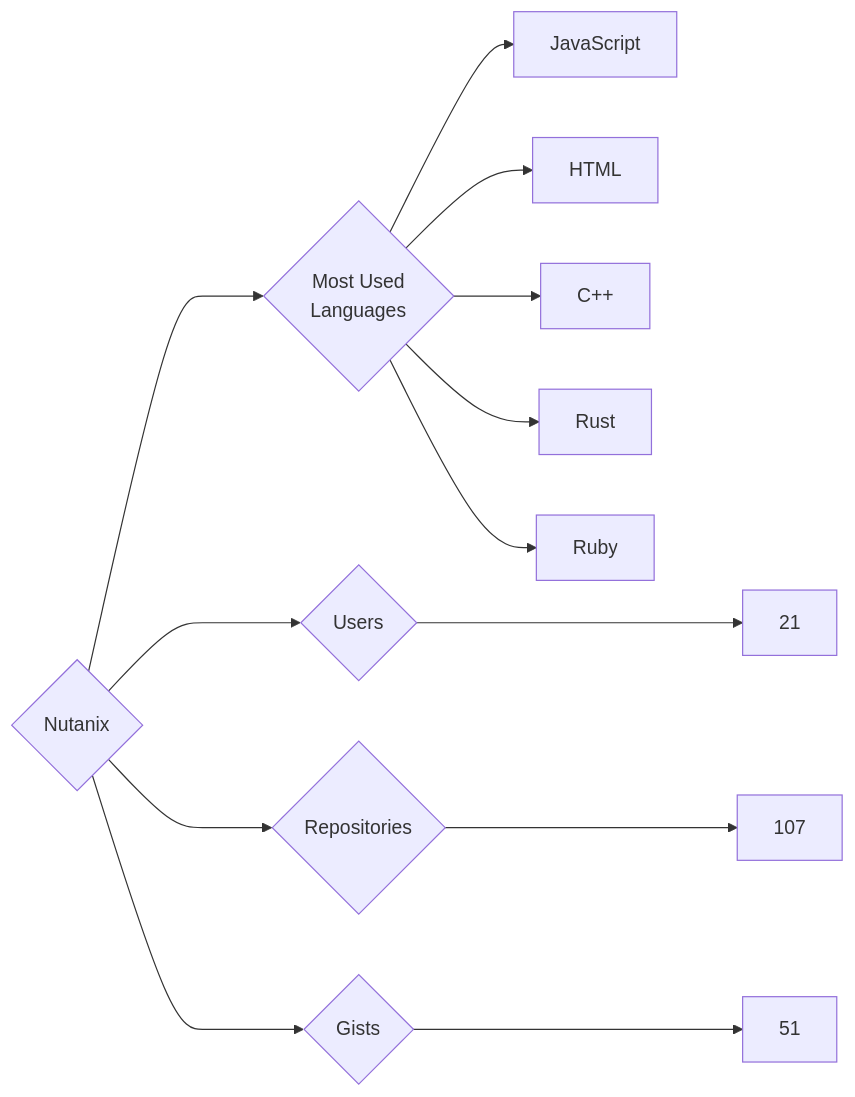
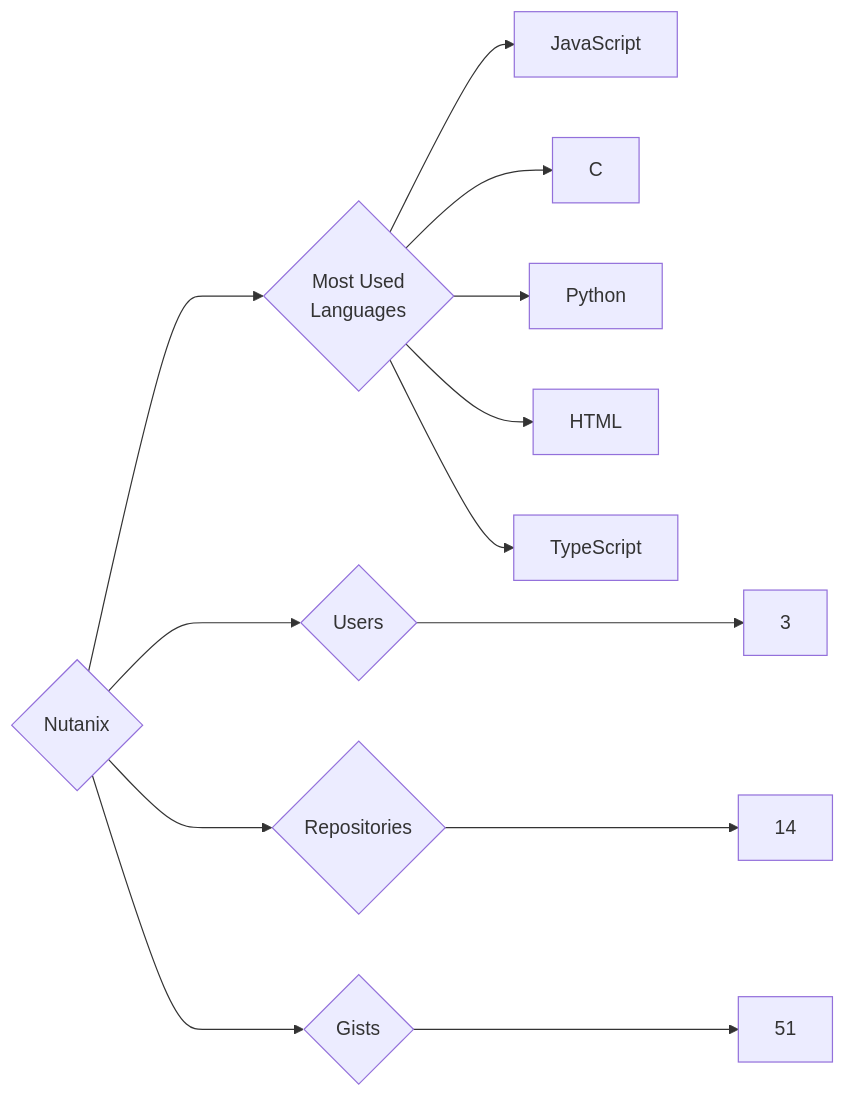
The diagram in targets/Nutanix/README.md (trickest/insiders), drawn with Mermaid before and after one commit. The commit also changed 725 other files, not shown here.

````diff
--- a/targets/Nutanix/README.md
+++ b/targets/Nutanix/README.md
@@ -3,13 +3,13 @@
 ```mermaid
 graph LR
 COMPANY_NAME{Nutanix}
-COMPANY_NAME ---> U{Users} ---> UN[21]
-COMPANY_NAME ---> R{Repositories} ---> RN[107]
+COMPANY_NAME ---> U{Users} ---> UN[3]
+COMPANY_NAME ---> R{Repositories} ---> RN[14]
 COMPANY_NAME ---> G{Gists} ---> GN[51]
 COMPANY_NAME ---> ML{Most Used<br>Languages}
 ML --> JavaScript[JavaScript]
+ML --> C[C]
+ML --> Python[Python]
 ML --> HTML[HTML]
-ML --> C++[C++]
-ML --> Rust[Rust]
-ML --> Ruby[Ruby]
+ML --> TypeScript[TypeScript]
 ```
````
